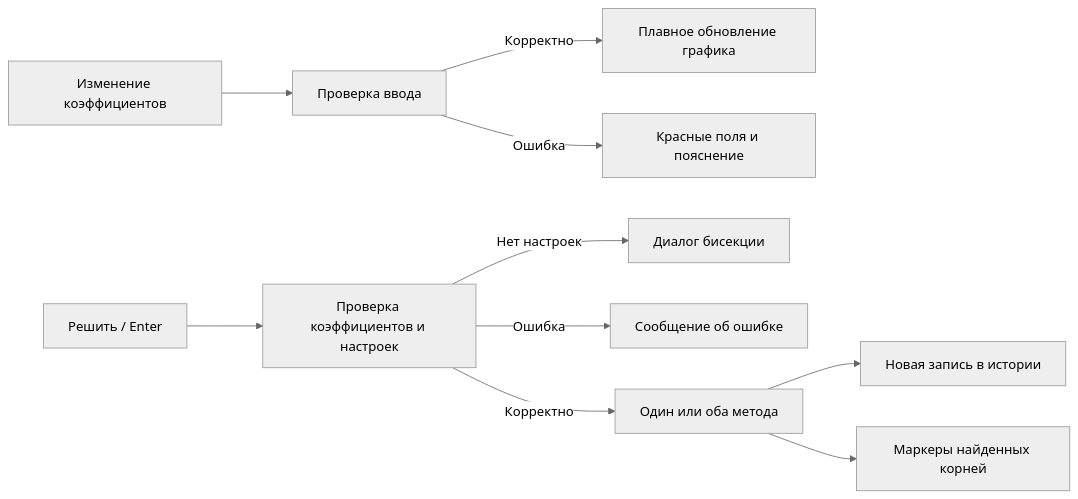
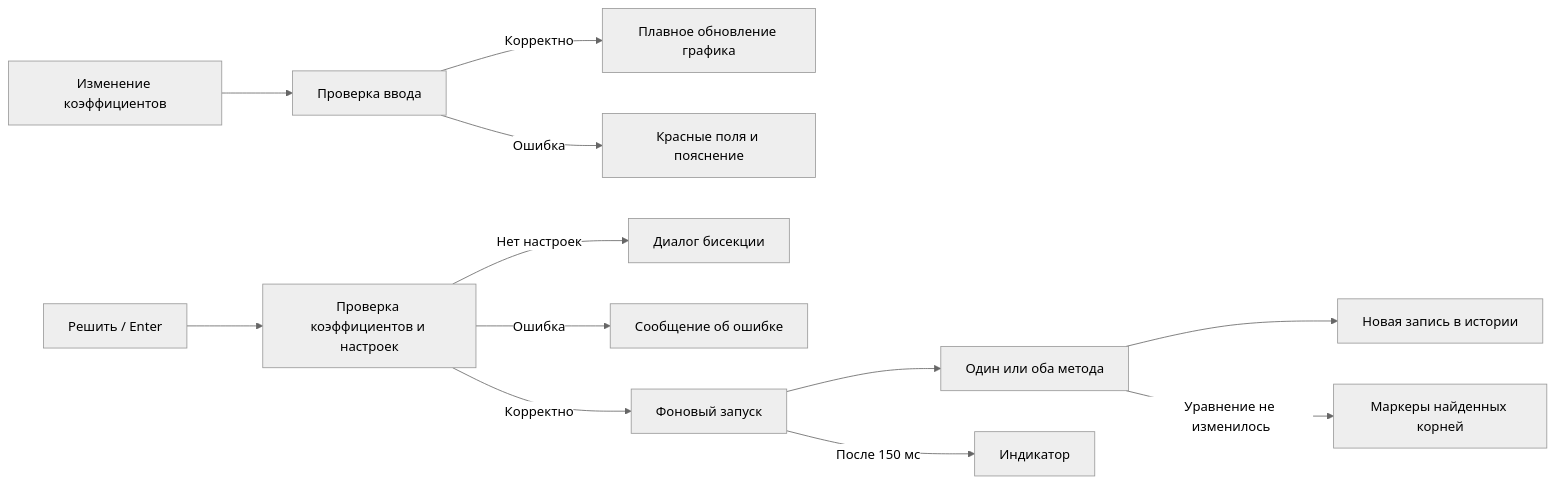
The second of 2 diagrams in README.md (Modi663/PolynomialSolver), drawn with Mermaid (neutral theme) before and after one commit. The commit also changed other lines of this file and 22 other files, not shown here.

Commit message:
feat: выделить сценарии решения и добавить фоновый запуск с индикатором

````diff
--- a/README.md
+++ b/README.md
@@ -109,12 +144,14 @@
 ```mermaid
 flowchart LR
     Input[Изменение коэффициентов] --> Validation[Проверка ввода]
     Validation -->|Корректно| Chart[Плавное обновление графика]
     Validation -->|Ошибка| Inline[Красные поля и пояснение]
     Solve[Решить / Enter] --> Check[Проверка коэффициентов и настроек]
     Check -->|Нет настроек| Dialog[Диалог бисекции]
     Check -->|Ошибка| Message[Сообщение об ошибке]
-    Check -->|Корректно| Methods[Один или оба метода]
+    Check -->|Корректно| Worker[Фоновый запуск]
+    Worker --> Methods[Один или оба метода]
+    Worker -->|После 150 мс| Busy[Индикатор]
     Methods --> History[Новая запись в истории]
-    Methods --> Markers[Маркеры найденных корней]
+    Methods -->|Уравнение не изменилось| Markers[Маркеры найденных корней]
 ```
````
